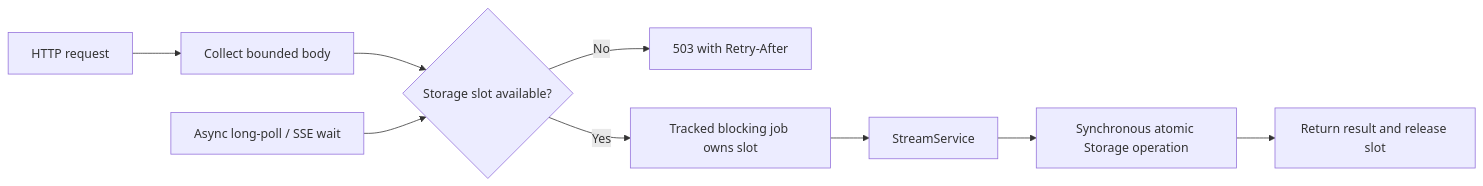
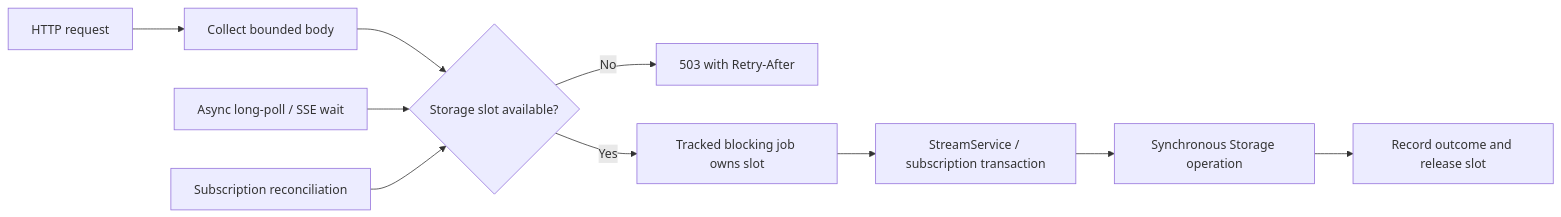
One commit to thesampaton/durable-streams-rust changed the diagram in docs/design/blocking-execution-boundary.md. Above: the diagram before and after it, drawn with Mermaid. The commit also changed other lines of this file and 6 other files, not shown here.

Commit message:
docs(server): record execution contract and future storage direction

````diff
--- a/docs/design/blocking-execution-boundary.md
+++ b/docs/design/blocking-execution-boundary.md
@@ -14,11 +26,12 @@
 ```mermaid
 flowchart LR
     H[HTTP request] --> B[Collect bounded body]
     B --> A{Storage slot available?}
     A -->|No| R[503 with Retry-After]
     A -->|Yes| J[Tracked blocking job owns slot]
-    J --> S[StreamService]
-    S --> D[Synchronous atomic Storage operation]
-    D --> F[Return result and release slot]
+    J --> S[StreamService / subscription transaction]
+    S --> D[Synchronous Storage operation]
+    D --> F[Record outcome and release slot]
     W[Async long-poll / SSE wait] --> A
+    C[Subscription reconciliation] --> A
 ```
````
